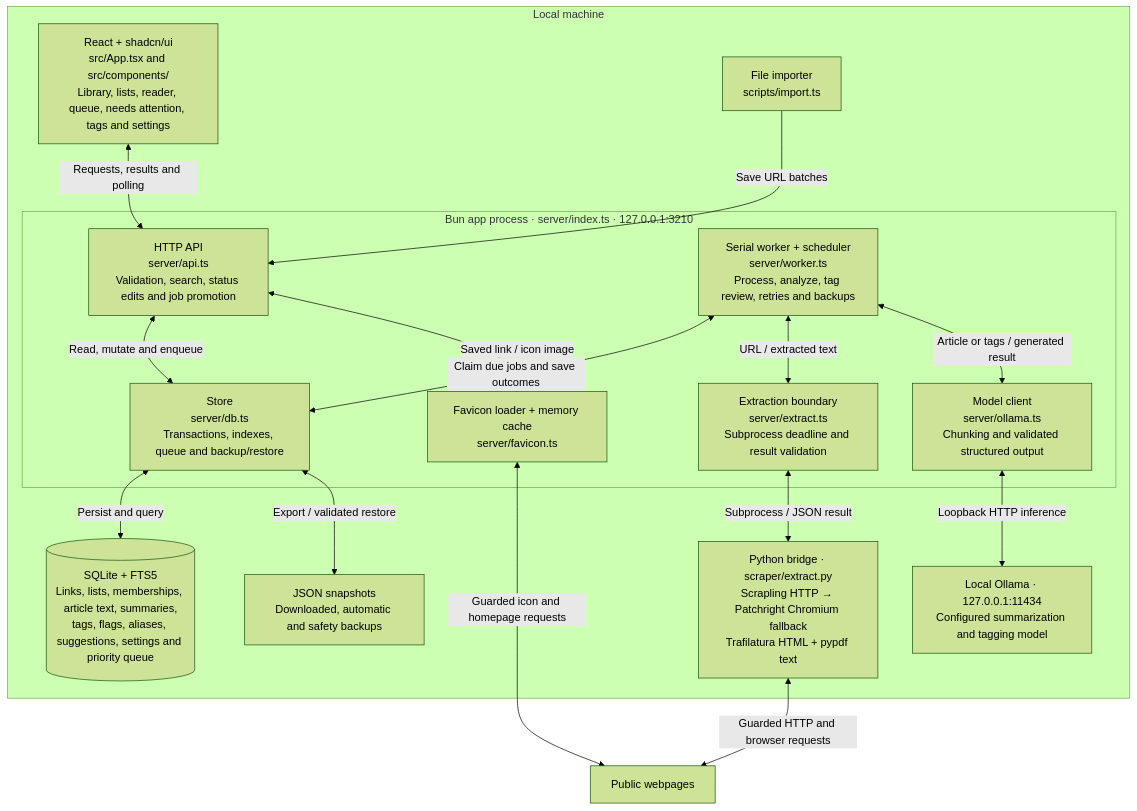
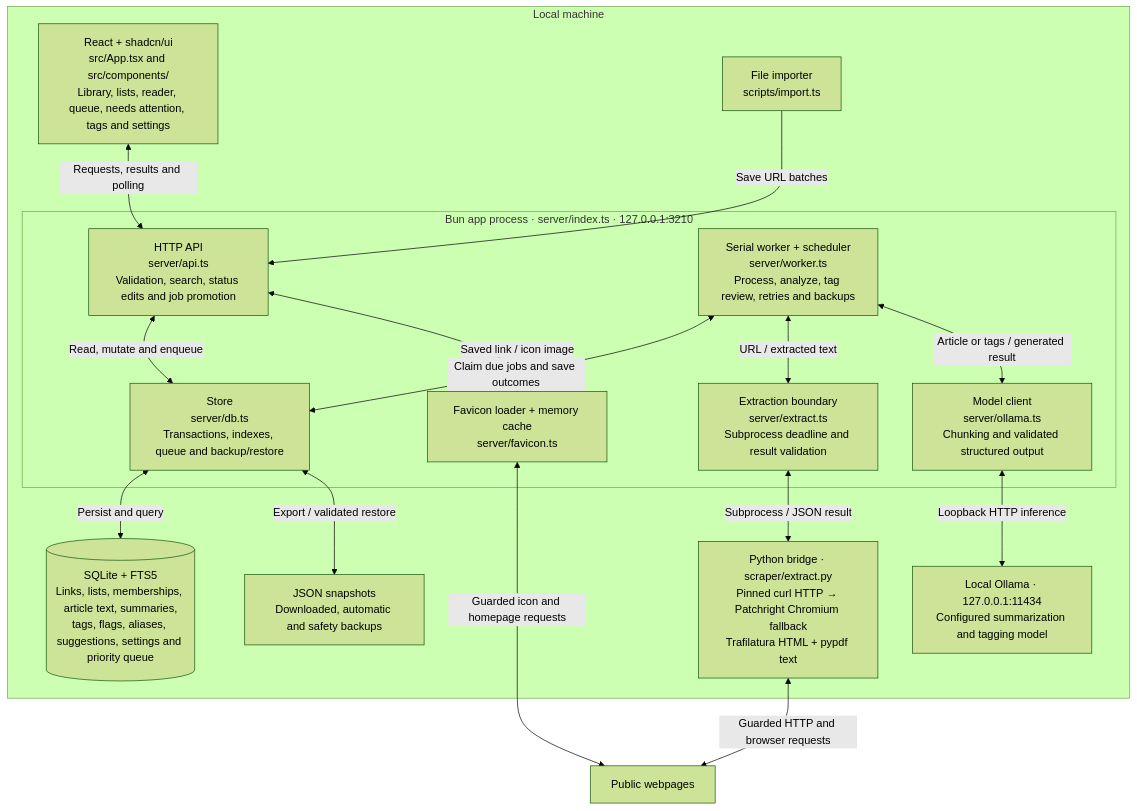
Before and after one commit to joshua-woolf/braindump: the diagram in docs/architecture.md, drawn with Mermaid (forest theme). The commit also changed other lines of this file and 37 other files, not shown here.

````diff
--- a/docs/architecture.md
+++ b/docs/architecture.md
@@ -9,37 +9,37 @@
 ```mermaid
 flowchart TB
   subgraph Local["Local machine"]
     UI["React + shadcn/ui<br/>src/App.tsx and src/components/<br/>Library, lists, reader, queue, needs attention, tags and settings"]
     Import["File importer<br/>scripts/import.ts"]
 
     subgraph Bun["Bun app process · server/index.ts · 127.0.0.1:3210"]
       API["HTTP API<br/>server/api.ts<br/>Validation, search, status edits and job promotion"]
       Store["Store<br/>server/db.ts<br/>Transactions, indexes, queue and backup/restore"]
       Worker["Serial worker + scheduler<br/>server/worker.ts<br/>Process, analyze, tag review, retries and backups"]
       Extract["Extraction boundary<br/>server/extract.ts<br/>Subprocess deadline and result validation"]
       Model["Model client<br/>server/ollama.ts<br/>Chunking and validated structured output"]
       Icons["Favicon loader + memory cache<br/>server/favicon.ts"]
     end
 
     DB[("SQLite + FTS5<br/>Links, lists, memberships, article text, summaries,<br/>tags, flags, aliases, suggestions, settings and priority queue")]
-    Scraper["Python bridge · scraper/extract.py<br/>Scrapling HTTP → Patchright Chromium fallback<br/>Trafilatura HTML + pypdf text"]
+    Scraper["Python bridge · scraper/extract.py<br/>Pinned curl HTTP → Patchright Chromium fallback<br/>Trafilatura HTML + pypdf text"]
     Ollama["Local Ollama · 127.0.0.1:11434<br/>Configured summarization and tagging model"]
     Backups["JSON snapshots<br/>Downloaded, automatic and safety backups"]
 
     UI <-->|"Requests, results and polling"| API
     Import -->|"Save URL batches"| API
     API <-->|"Read, mutate and enqueue"| Store
     API <-->|"Saved link / icon image"| Icons
     Store <-->|"Persist and query"| DB
     Worker <-->|"Claim due jobs and save outcomes"| Store
     Worker <-->|"URL / extracted text"| Extract
     Extract <-->|"Subprocess / JSON result"| Scraper
     Worker <-->|"Article or tags / generated result"| Model
     Model <-->|"Loopback HTTP inference"| Ollama
     Store <-->|"Export / validated restore"| Backups
   end
 
   Web["Public webpages"]
   Scraper <-->|"Guarded HTTP and browser requests"| Web
   Icons <-->|"Guarded icon and homepage requests"| Web
 ```
````
